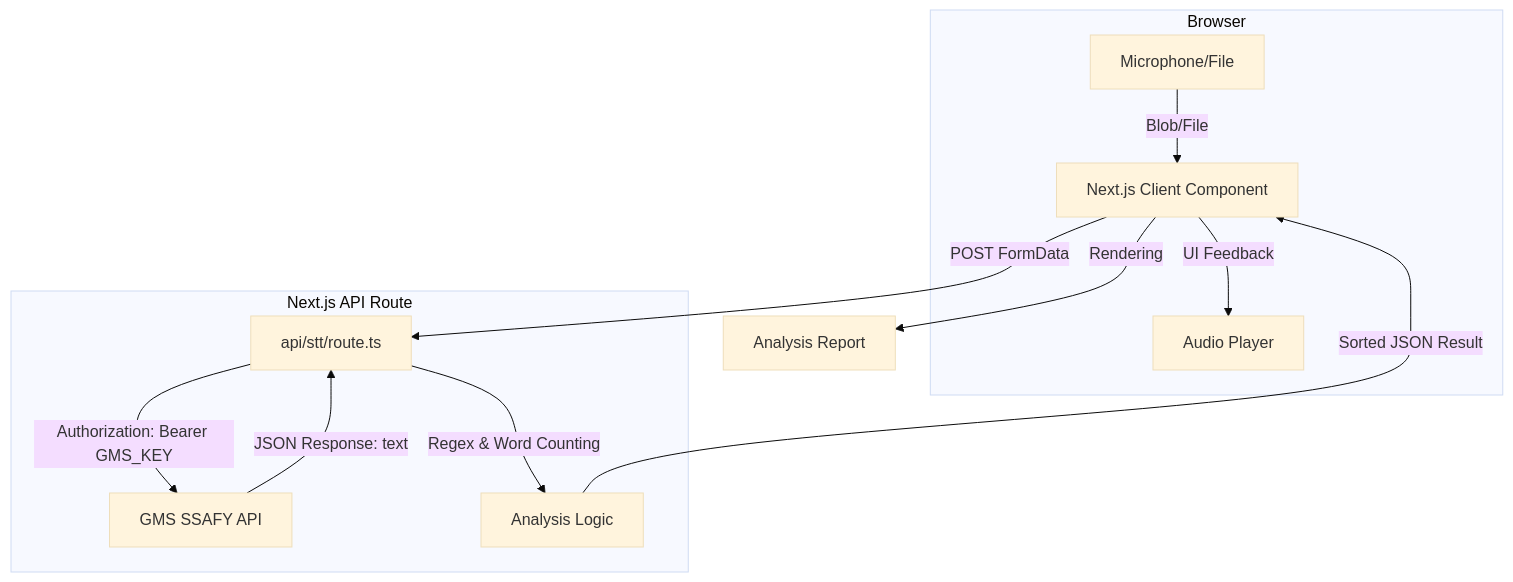
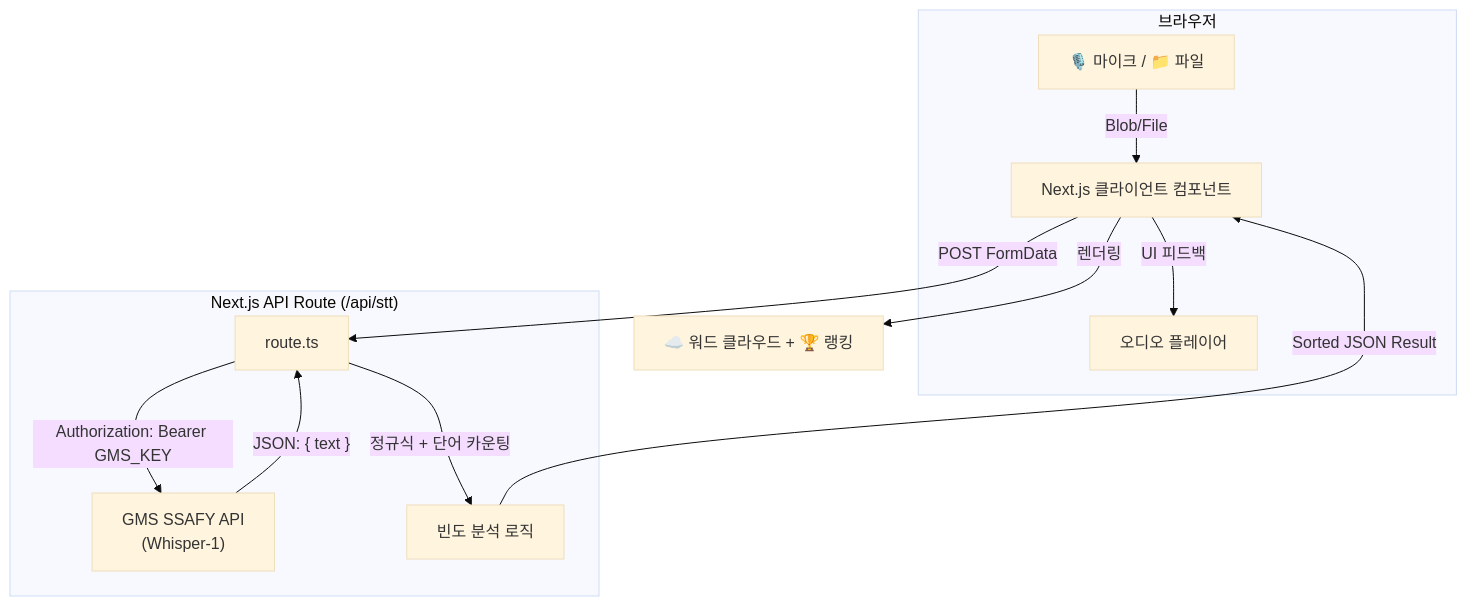
Before and after one commit to youngjong-96/ILikeKwangsu: the diagram in README.md, drawn with Mermaid (base theme). The commit also changed other lines of this file and 10 other files, not shown here.

Commit message:
feat/ui-result fix, add mock data

````diff
--- a/README.md
+++ b/README.md
@@ -30,17 +43,17 @@
 ```mermaid
 graph TD
-    subgraph Client [Browser]
-        A[Microphone/File] -->|Blob/File| B[Next.js Client Component]
-        B -->|UI Feedback| J[Audio Player]
+    subgraph Client["브라우저"]
+        A["🎙️ 마이크 / 📁 파일"] -->|Blob/File| B["Next.js 클라이언트 컴포넌트"]
+        B -->|UI 피드백| J["오디오 플레이어"]
     end
 
-    subgraph Server [Next.js API Route]
-        B -->|POST FormData| C[api/stt/route.ts]
-        C -->|Authorization: Bearer GMS_KEY| D[GMS SSAFY API]
-        D -->|JSON Response: text| C
-        C -->|Regex & Word Counting| E[Analysis Logic]
+    subgraph Server["Next.js API Route (/api/stt)"]
+        B -->|POST FormData| C["route.ts"]
+        C -->|"Authorization: Bearer GMS_KEY"| D["GMS SSAFY API\n(Whisper-1)"]
+        D -->|"JSON: { text }"| C
+        C -->|"정규식 + 단어 카운팅"| E["빈도 분석 로직"]
     end
 
-    E -->|Sorted JSON Result| B
-    B -->|Rendering| F[Analysis Report]
+    E -->|"Sorted JSON Result"| B
+    B -->|렌더링| F["☁️ 워드 클라우드 + 🏆 랭킹"]
 ```
````
